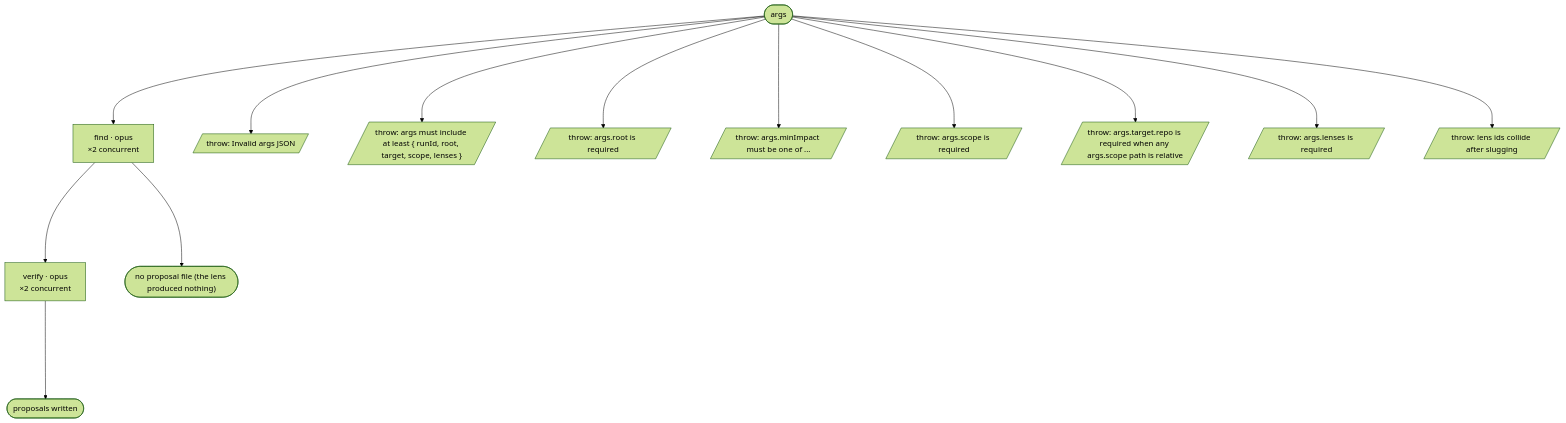
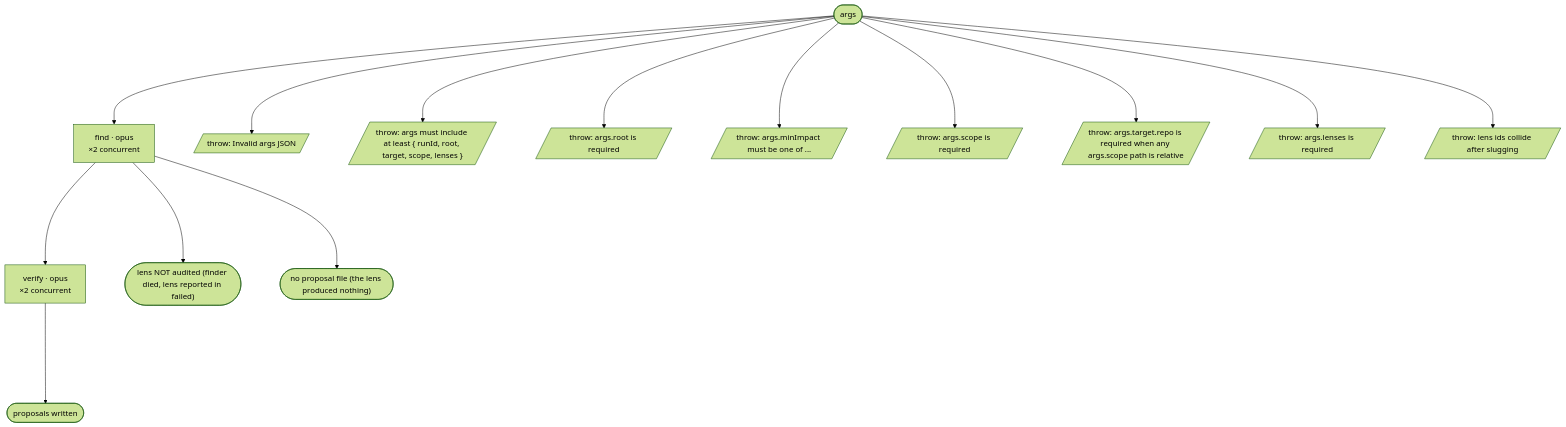
Before and after one commit to Blakeem/aipromptguide-workflows: the diagram in workflows/enhance/FLOW.md, drawn with Mermaid (forest theme). The commit also changed other lines of this file and 48 other files, not shown here.

````diff
--- a/workflows/enhance/FLOW.md
+++ b/workflows/enhance/FLOW.md
@@ -8,29 +8,31 @@
 ```mermaid
 %%{init: {"flowchart": {"nodeSpacing": 80, "rankSpacing": 200}}}%%
 flowchart TD
   S0(["args"])
   a1["find · opus<br/>×2 concurrent"]
   a2["verify · opus<br/>×2 concurrent"]
   t1(["proposals written"])
-  t2(["no proposal file (the lens produced nothing)"])
+  t2(["lens NOT audited (finder died, lens reported in failed)"])
+  t3(["no proposal file (the lens produced nothing)"])
   x1[/"throw: Invalid args JSON"/]
   x2[/"throw: args must include at least { runId, root, target, scope, lenses }"/]
   x3[/"throw: args.root is required"/]
   x4[/"throw: args.minImpact must be one of ..."/]
   x5[/"throw: args.scope is required"/]
   x6[/"throw: args.target.repo is required when any args.scope path is relative"/]
   x7[/"throw: args.lenses is required"/]
   x8[/"throw: lens ids collide after slugging"/]
   S0 --> a1
   S0 --> x1
   S0 --> x2
   S0 --> x3
   S0 --> x4
   S0 --> x5
   S0 --> x6
   S0 --> x7
   S0 --> x8
   a1 --> a2
   a1 --> t2
+  a1 --> t3
   a2 --> t1
 ```
````
